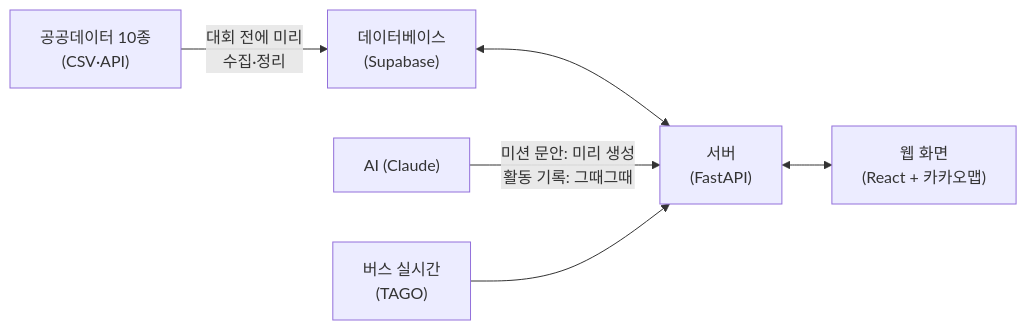
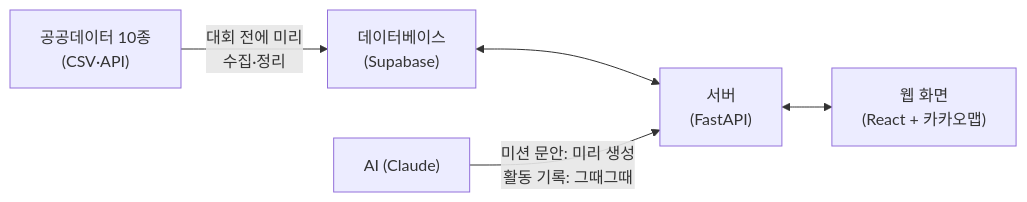
Before and after one commit to TaeWooKim-SCH/bomnae-masil: the diagram in docs/10-architecture.md, drawn with Mermaid. The commit also changed other lines of this file and 3 other files, not shown here.

````diff
--- a/docs/10-architecture.md
+++ b/docs/10-architecture.md
@@ -8,8 +8,7 @@
 ```mermaid
 flowchart LR
     A["공공데이터 10종<br/>(CSV·API)"] -->|"대회 전에 미리<br/>수집·정리"| B["데이터베이스<br/>(Supabase)"]
     B <--> C["서버<br/>(FastAPI)"]
     C <--> D["웹 화면<br/>(React + 카카오맵)"]
     E["AI (Claude)"] -->|"미션 문안: 미리 생성<br/>활동 기록: 그때그때"| C
-    F["버스 실시간<br/>(TAGO)"] --> C
 ```
````
